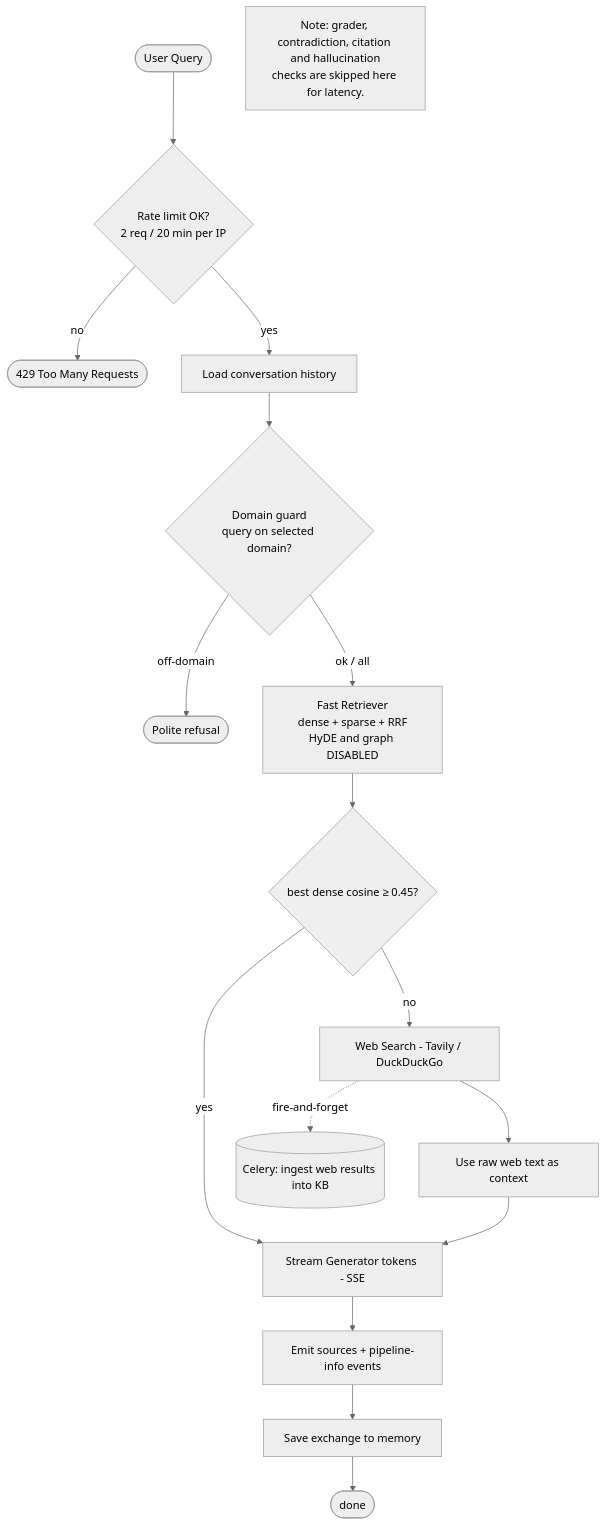
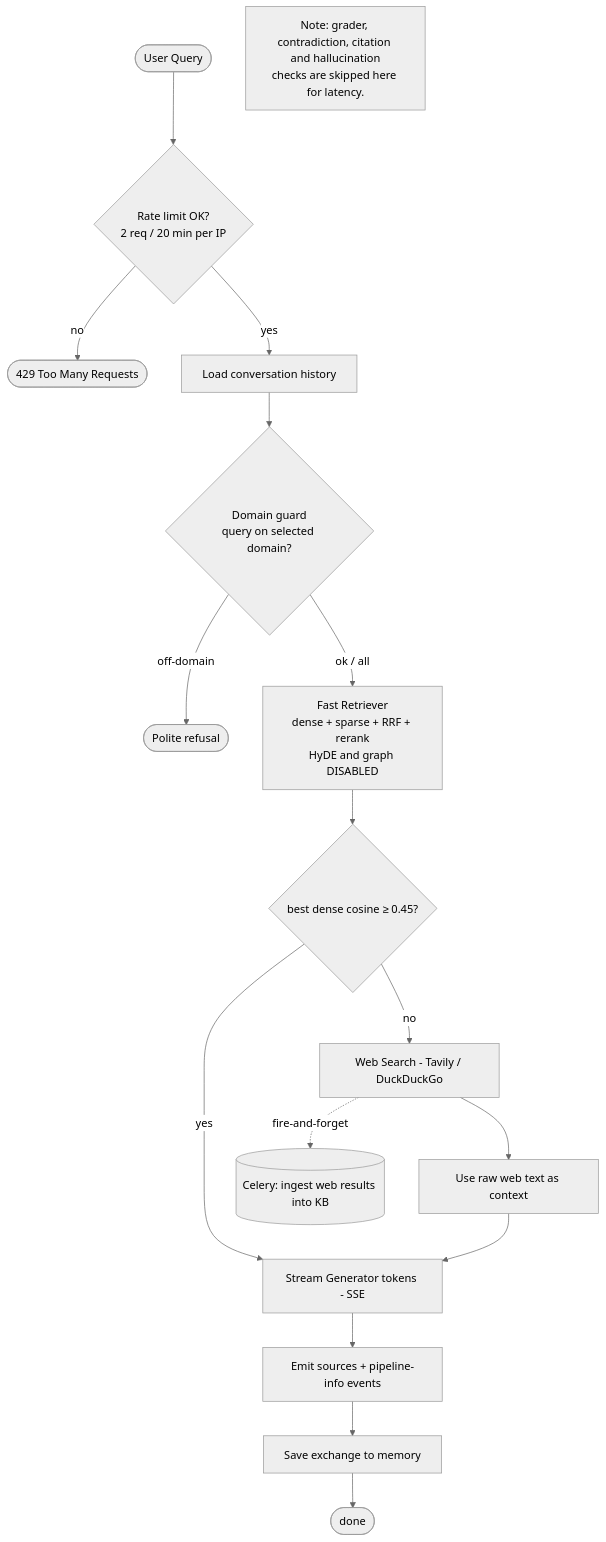
Before and after one commit to anuragchaubey1224/Verity: the second of 7 diagrams in Architecture/FLOW_DIAGRAM.md, drawn with Mermaid (neutral theme). The commit also changed other lines of this file and 1 other file, not shown here.

First line of the commit message:
docs: reconcile README + flow diagrams with reranker and eval

````diff
--- a/Architecture/FLOW_DIAGRAM.md
+++ b/Architecture/FLOW_DIAGRAM.md
@@ -45,24 +45,24 @@
 ```mermaid
 flowchart TD
     A([User Query]) --> RL{Rate limit OK?<br/>2 req / 20 min per IP}
     RL -->|no| E429([429 Too Many Requests])
     RL -->|yes| H[Load conversation history]
 
     H --> DG{Domain guard<br/>query on selected domain?}
     DG -->|off-domain| REF([Polite refusal])
-    DG -->|ok / all| RET[Fast Retriever<br/>dense + sparse + RRF<br/>HyDE and graph DISABLED]
+    DG -->|ok / all| RET[Fast Retriever<br/>dense + sparse + RRF + rerank<br/>HyDE and graph DISABLED]
 
     RET --> C{best dense cosine ≥ 0.45?}
     C -->|yes| GEN[Stream Generator tokens - SSE]
     C -->|no| WEB[Web Search - Tavily / DuckDuckGo]
 
     WEB --> RAW[Use raw web text as context]
     WEB -. fire-and-forget .-> BG[(Celery: ingest web results into KB)]
     RAW --> GEN
 
     GEN --> SRC[Emit sources + pipeline-info events]
     SRC --> MEM[Save exchange to memory]
     MEM --> DONE([done])
 
     note["Note: grader, contradiction, citation and hallucination<br/>checks are skipped here for latency."]
 ```
````
